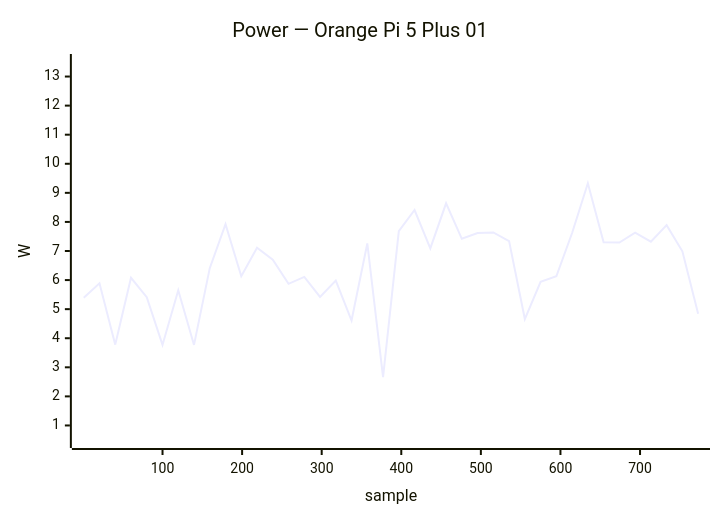
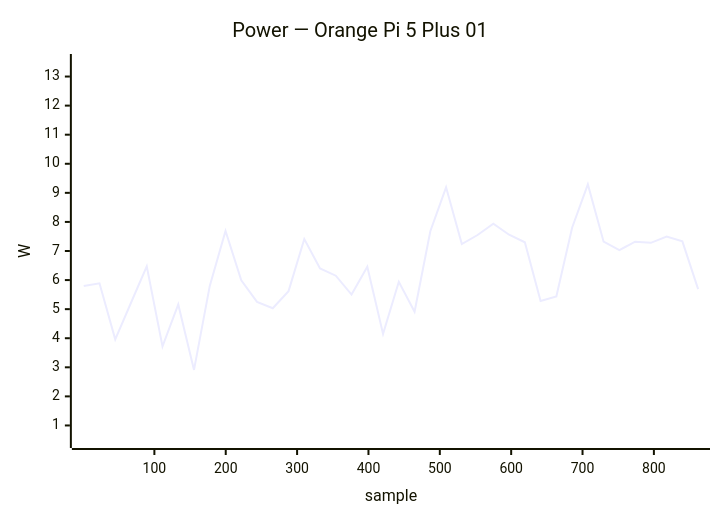
One commit to armbian/documentation changed diagram 27 of 38 in docs/status/board-tests.md. Above: the diagram before and after it, drawn with Mermaid. The commit also changed other lines of this file, not shown here.

````diff
--- a/docs/status/board-tests.md
+++ b/docs/status/board-tests.md
@@ -1321,7 +1324,7 @@
 ```mermaid
 xychart-beta
     title "Power — Orange Pi 5 Plus 01"
-    x-axis "sample" 1 --> 773
+    x-axis "sample" 1 --> 862
     y-axis "W" 0.5 --> 13.5
-    line [5.39, 5.89, 3.78, 6.08, 5.41, 3.77, 5.65, 3.77, 6.41, 7.92, 6.13, 7.11, 6.70, 5.87, 6.11, 5.42, 5.98, 4.61, 7.26, 2.66, 7.68, 8.41, 7.09, 8.64, 7.42, 7.62, 7.64, 7.34, 4.66, 5.94, 6.13, 7.62, 9.33, 7.30, 7.29, 7.63, 7.32, 7.89, 6.99, 4.84]
+    line [5.80, 5.89, 3.96, 5.22, 6.47, 3.72, 5.16, 2.91, 5.80, 7.69, 5.99, 5.25, 5.03, 5.62, 7.41, 6.40, 6.15, 5.50, 6.46, 4.15, 5.94, 4.91, 7.68, 9.19, 7.24, 7.55, 7.94, 7.56, 7.30, 5.28, 5.44, 7.80, 9.29, 7.32, 7.03, 7.32, 7.28, 7.50, 7.33, 5.69]
 ```
````
